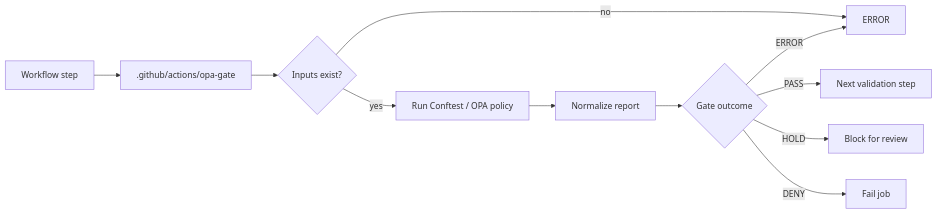
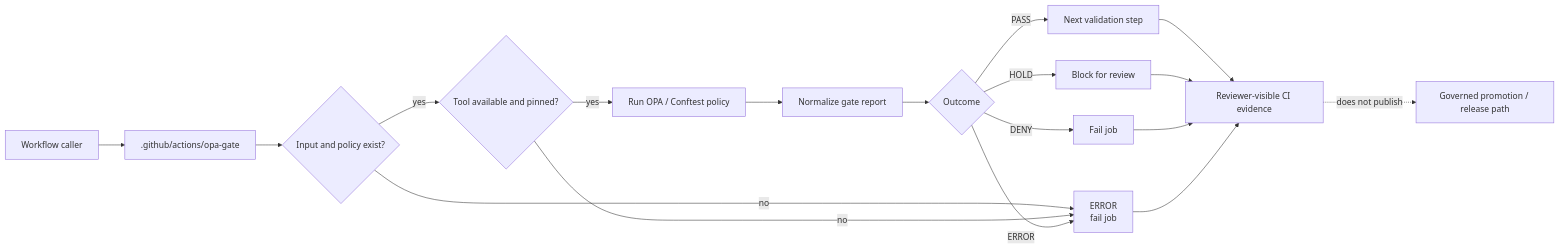
Before and after one commit to bartytime4life/Kansas-Frontier-Matrix: the diagram in .github/actions/opa-gate/README.md, drawn with Mermaid. The commit also changed other lines of this file, not shown here.

````diff
--- a/.github/actions/opa-gate/README.md
+++ b/.github/actions/opa-gate/README.md
@@ -271,13 +298,23 @@
 ```mermaid
 flowchart LR
-  WF[Workflow step] --> A[.github/actions/opa-gate]
-  A --> C{Inputs exist?}
-  C -- no --> E[ERROR]
-  C -- yes --> T[Run Conftest / OPA policy]
-  T --> R[Normalize report]
-  R --> P{Gate outcome}
-  P -- PASS --> N[Next validation step]
-  P -- HOLD --> H[Block for review]
-  P -- DENY --> D[Fail job]
-  P -- ERROR --> E
+  WF[Workflow caller] --> A[.github/actions/opa-gate]
+  A --> I{Input and policy exist?}
+  I -- no --> E[ERROR<br/>fail job]
+  I -- yes --> T{Tool available and pinned?}
+  T -- no --> E
+  T -- yes --> P[Run OPA / Conftest policy]
+  P --> R[Normalize gate report]
+  R --> O{Outcome}
+
+  O -- PASS --> N[Next validation step]
+  O -- HOLD --> H[Block for review]
+  O -- DENY --> D[Fail job]
+  O -- ERROR --> E
+
+  N --> Q[Reviewer-visible CI evidence]
+  H --> Q
+  D --> Q
+  E --> Q
+
+  Q -. does not publish .-> G[Governed promotion / release path]
 ```
````
